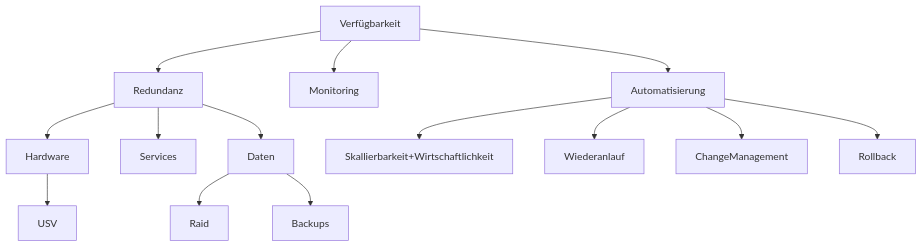
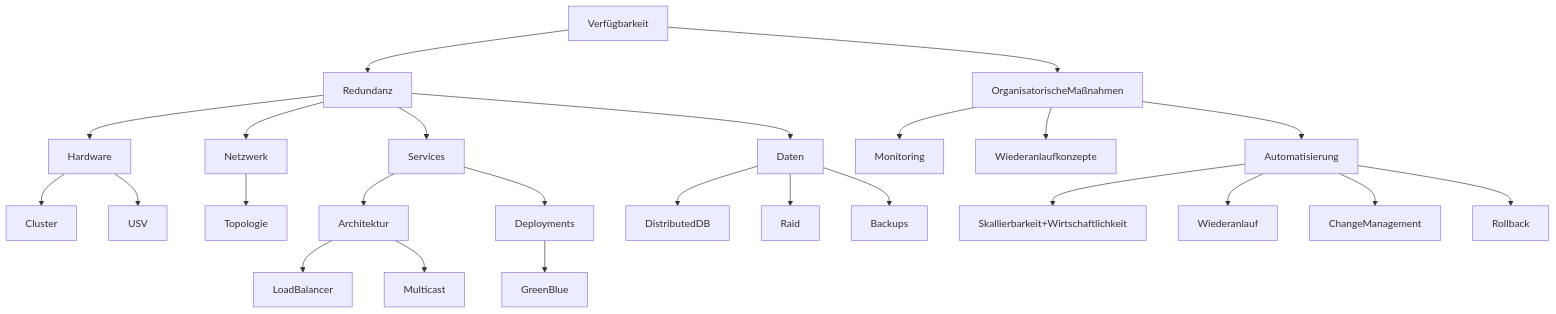
Before and after one commit to johannesloetzsch/LF10b: the first of 3 diagrams in src/verfuegbarkeit.md, drawn with Mermaid. The commit also changed other lines of this file and 6 other files, not shown here.

````diff
--- a/src/verfuegbarkeit.md
+++ b/src/verfuegbarkeit.md
@@ -3,17 +3,26 @@
 ```mermaid
 flowchart TB
   Verfügbarkeit --> Redundanz
   Redundanz --> Hardware
+  Hardware --> Cluster
+  Hardware --> USV
+  Redundanz --> Netzwerk --> Topologie
   Redundanz --> Services
-  Hardware --> USV
+  Services --> Architektur
+  Architektur --> LoadBalancer
+  Architektur --> Multicast
+  Services --> Deployments --> GreenBlue
   Redundanz --> Daten
+  Daten --> DistributedDB
   Daten --> Raid
   Daten --> Backups
-  Verfügbarkeit --> Monitoring
-  Verfügbarkeit --> Automatisierung
+  Verfügbarkeit --> OrganisatorischeMaßnahmen
+  OrganisatorischeMaßnahmen --> Monitoring
+  OrganisatorischeMaßnahmen --> Wiederanlaufkonzepte
+  OrganisatorischeMaßnahmen --> Automatisierung
   Automatisierung --> Skallierbarkeit+Wirtschaftlichkeit
   Skallierbarkeit+Wirtschaftlichkeit
   Automatisierung --> Wiederanlauf
   Automatisierung --> ChangeManagement
   Automatisierung --> Rollback
 ```
````
